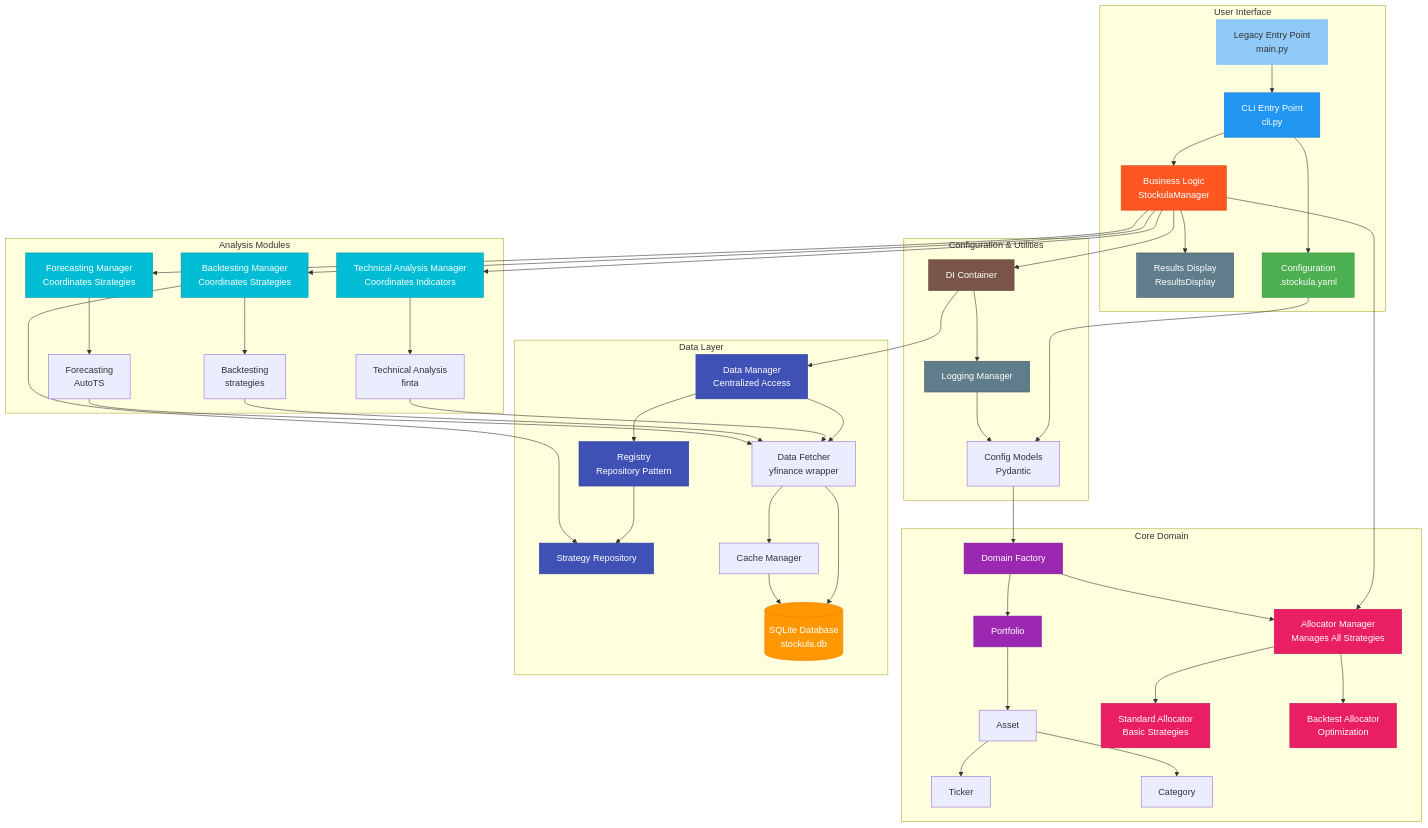
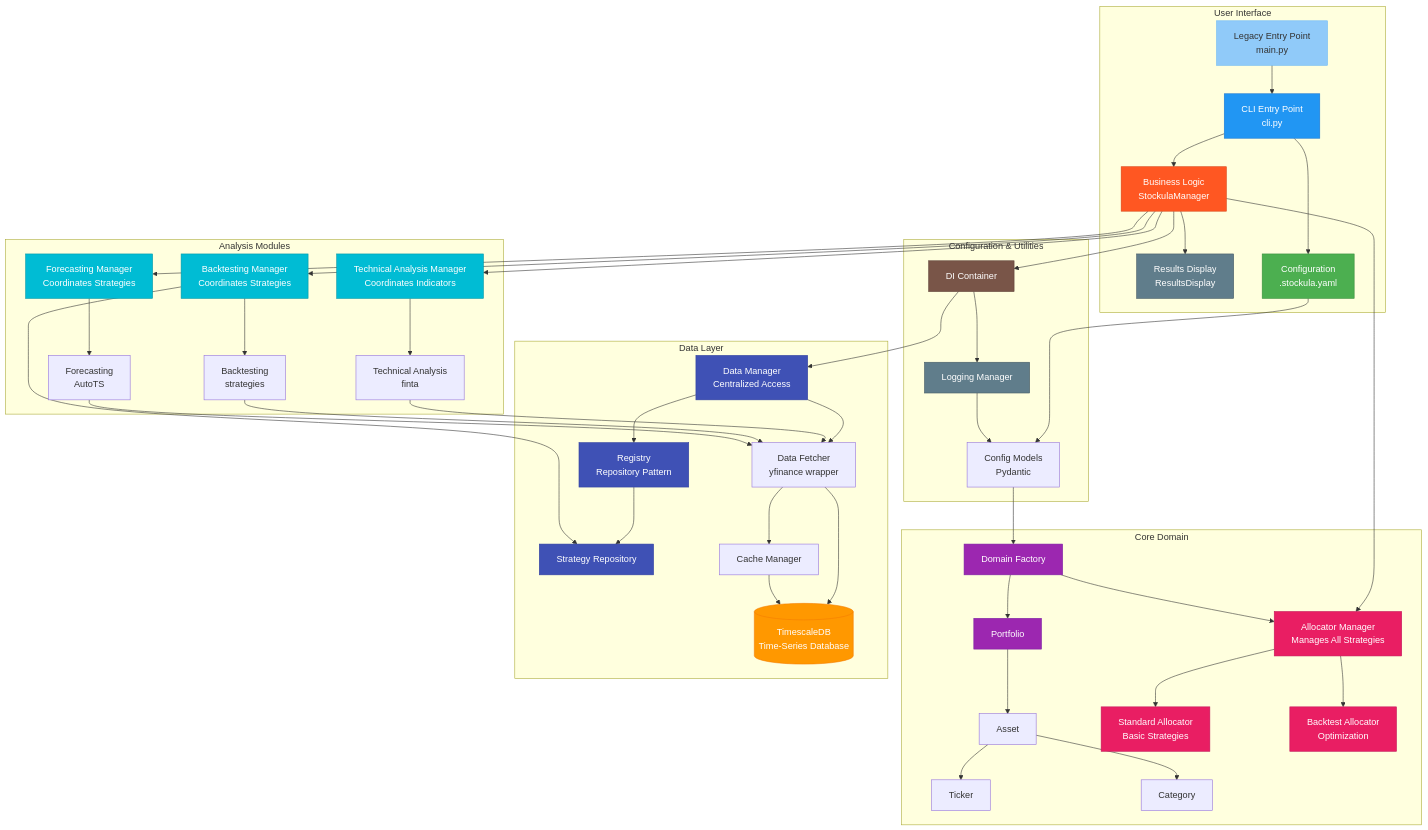
Before and after one commit to mkm29/stockula: the first of 2 diagrams in docs/user-guide/architecture.md, drawn with Mermaid. The commit also changed other lines of this file and 59 other files, not shown here.

```diff
--- a/docs/user-guide/architecture.md
+++ b/docs/user-guide/architecture.md
@@ -31,7 +31,7 @@
         Fetcher[Data Fetcher<br/>yfinance wrapper]
         Registry[Registry<br/>Repository Pattern]
         StrategyRepo[Strategy Repository]
-        DB[(SQLite Database<br/>stockula.db)]
+        DB[(TimescaleDB<br/>Time-Series Database)]
         Cache[Cache Manager]
     end
 
```
